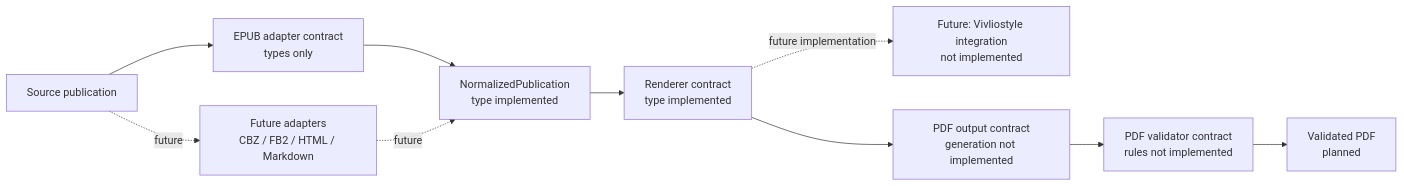
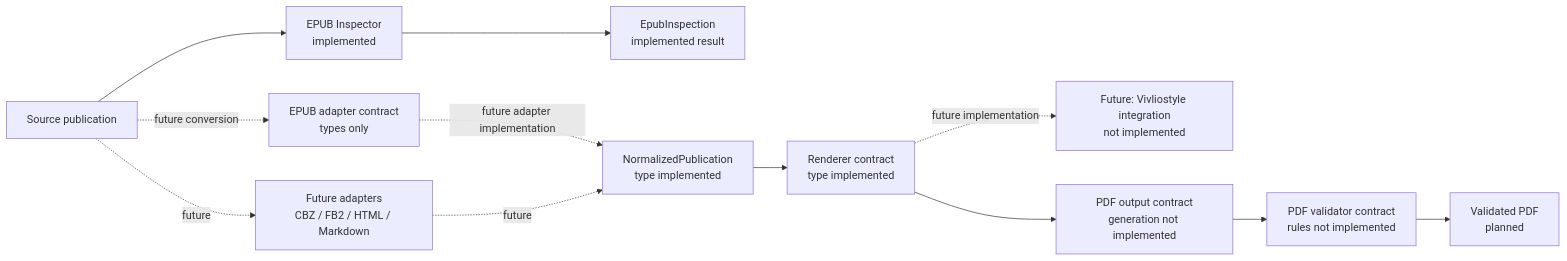
The first of 2 diagrams in README.md (bosatsuKing/ReflowPress), drawn with Mermaid before and after one commit. The commit also changed other lines of this file and 4 other files, not shown here.

Commit message:
docs: document EPUB inspection and Phase 2 requirements

````diff
--- a/README.md
+++ b/README.md
@@ -23,22 +25,25 @@
 ```mermaid
 flowchart LR
     SOURCE[Source publication]
+    INSPECTOR[EPUB Inspector<br/>implemented]
+    INSPECTION[EpubInspection<br/>implemented result]
     EPUB[EPUB adapter contract<br/>types only]
     OTHER[Future adapters<br/>CBZ / FB2 / HTML / Markdown]
     MODEL[NormalizedPublication<br/>type implemented]
     RENDERER[Renderer contract<br/>type implemented]
     VIV[Future: Vivliostyle integration<br/>not implemented]
     PDF[PDF output contract<br/>generation not implemented]
     VALIDATOR[PDF validator contract<br/>rules not implemented]
     RESULT[Validated PDF<br/>planned]
 
-    SOURCE --> EPUB
+    SOURCE --> INSPECTOR --> INSPECTION
+    SOURCE -. future conversion .-> EPUB
     SOURCE -. future .-> OTHER
-    EPUB --> MODEL
+    EPUB -. future adapter implementation .-> MODEL
     OTHER -. future .-> MODEL
     MODEL --> RENDERER
     RENDERER -. future implementation .-> VIV
     RENDERER --> PDF
     PDF --> VALIDATOR
     VALIDATOR --> RESULT
 ```
````
